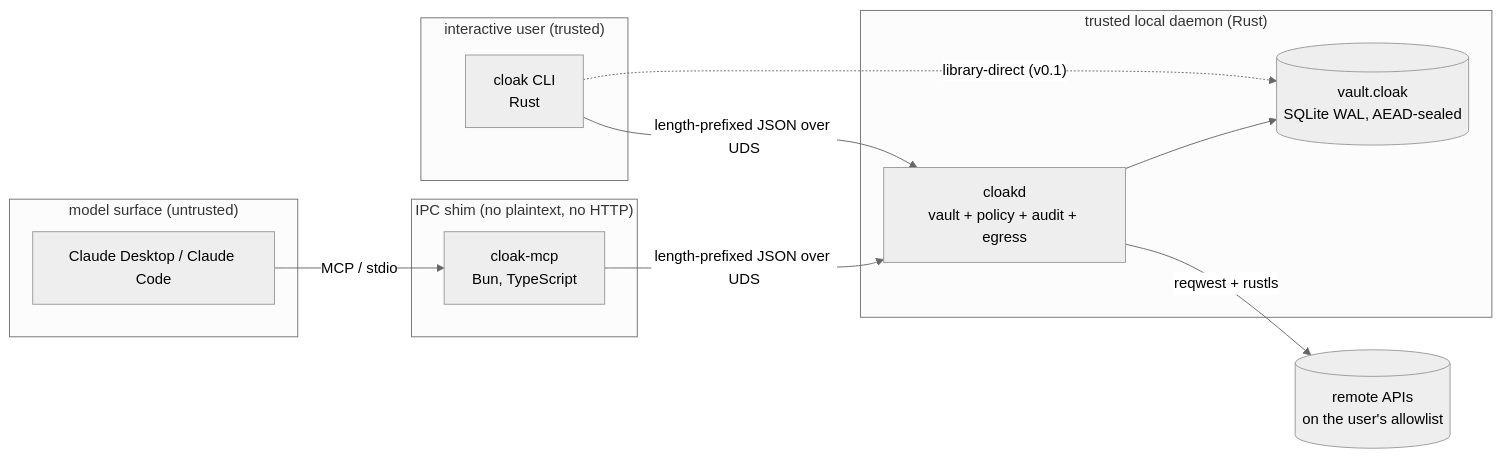
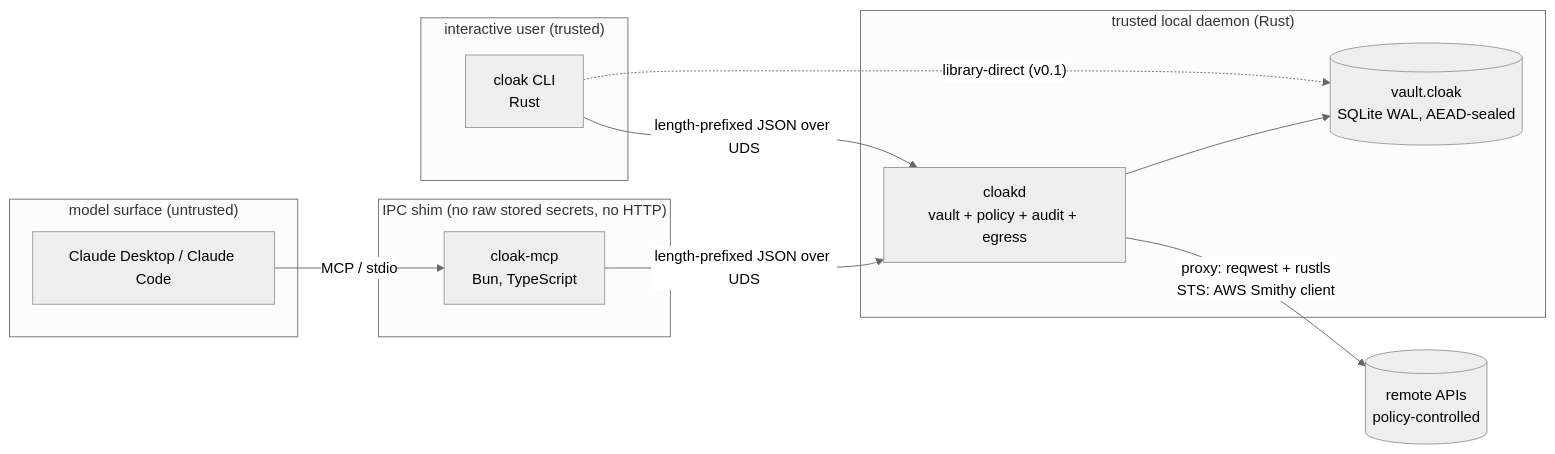
One commit to cloakward/cloak changed the diagram in docs/ARCHITECTURE.md. Above: the diagram before and after it, drawn with Mermaid (neutral theme). The commit also changed other lines of this file and 103 other files, not shown here.

````diff
--- a/docs/ARCHITECTURE.md
+++ b/docs/ARCHITECTURE.md
@@ -10,26 +10,26 @@
 ```mermaid
 flowchart LR
   subgraph Untrusted["model surface (untrusted)"]
     CD[Claude Desktop / Claude Code]
   end
 
-  subgraph Shim["IPC shim (no plaintext, no HTTP)"]
+  subgraph Shim["IPC shim (no raw stored secrets, no HTTP)"]
     MCP[cloak-mcp<br/>Bun, TypeScript]
   end
 
   subgraph Trusted["trusted local daemon (Rust)"]
     DAEMON[cloakd<br/>vault + policy + audit + egress]
     VAULT[(vault.cloak<br/>SQLite WAL, AEAD-sealed)]
   end
 
   subgraph User["interactive user (trusted)"]
     CLI[cloak CLI<br/>Rust]
   end
 
   CD -- "MCP / stdio" --> MCP
   MCP -- "length-prefixed JSON over UDS" --> DAEMON
   CLI -- "length-prefixed JSON over UDS" --> DAEMON
   CLI -. "library-direct (v0.1)" .-> VAULT
-  DAEMON -- "reqwest + rustls" --> Internet[(remote APIs<br/>on the user's allowlist)]
+  DAEMON -- "proxy: reqwest + rustls<br/>STS: AWS Smithy client" --> Internet[(remote APIs<br/>policy-controlled)]
   DAEMON --> VAULT
 ```
````
